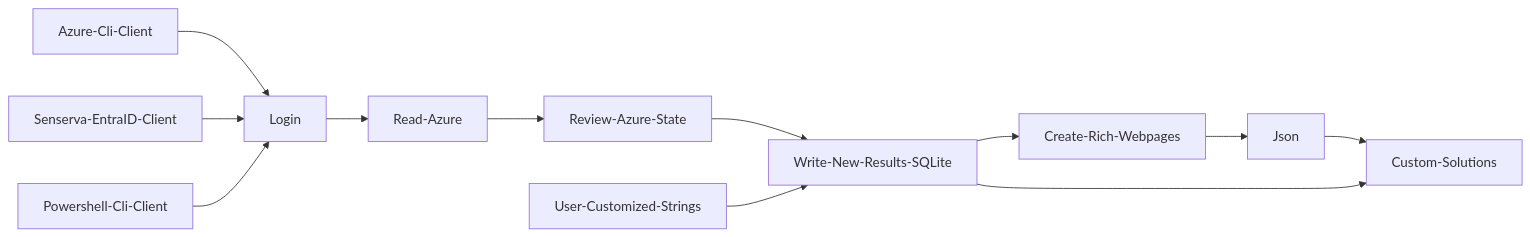
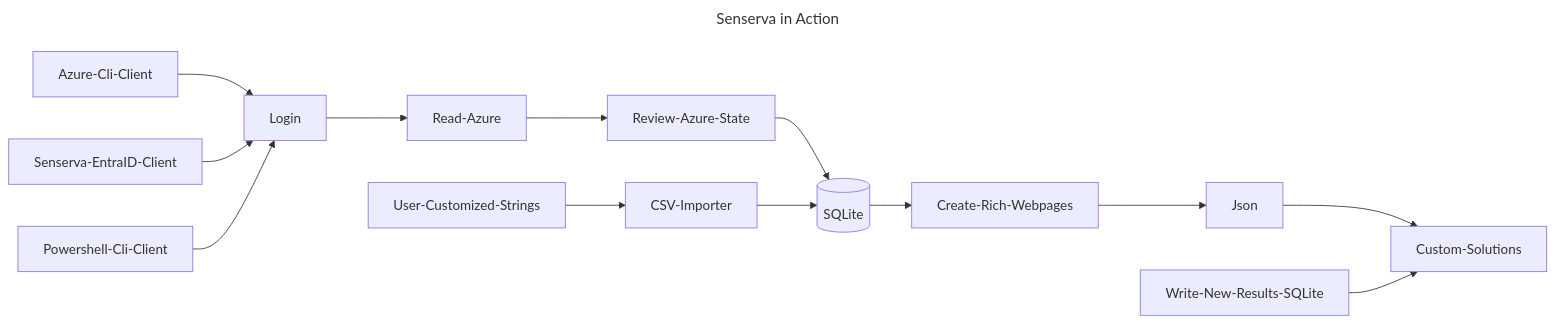
One commit to Senserva-LLC/Senserva-Inquisitor changed the diagram in README.md. Above: the diagram before and after it, drawn with Mermaid.

````diff
--- a/README.md
+++ b/README.md
@@ -28,11 +28,17 @@
 ```mermaid
+---
+title: Senserva in Action
+---
+
+
 graph LR;
-    Login --> Read-Azure --> Review-Azure-State --> Write-New-Results-SQLite --> Create-Rich-Webpages;
+    Login --> Read-Azure --> Review-Azure-State --> Database[(SQLite)] --> Create-Rich-Webpages;
     Azure-Cli-Client-->Login;
     Senserva-EntraID-Client-->Login;
     Powershell-Cli-Client -->Login;
-    User-Customized-Strings --> Write-New-Results-SQLite;
+    User-Customized-Strings --> CSV-Importer;
+    CSV-Importer --> Database[(SQLite)]
     Create-Rich-Webpages --> Json;
     Json --> Custom-Solutions;
     Write-New-Results-SQLite --> Custom-Solutions
 ```
````
